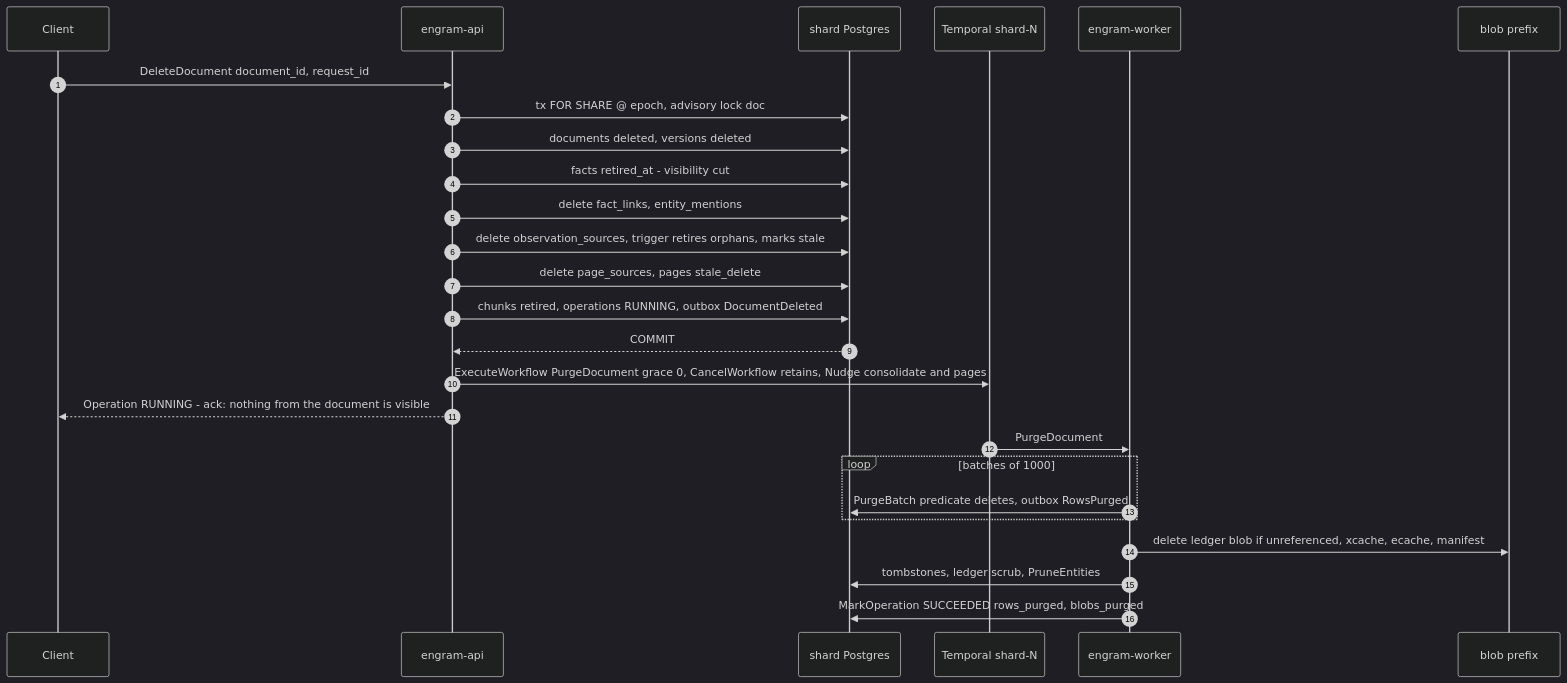
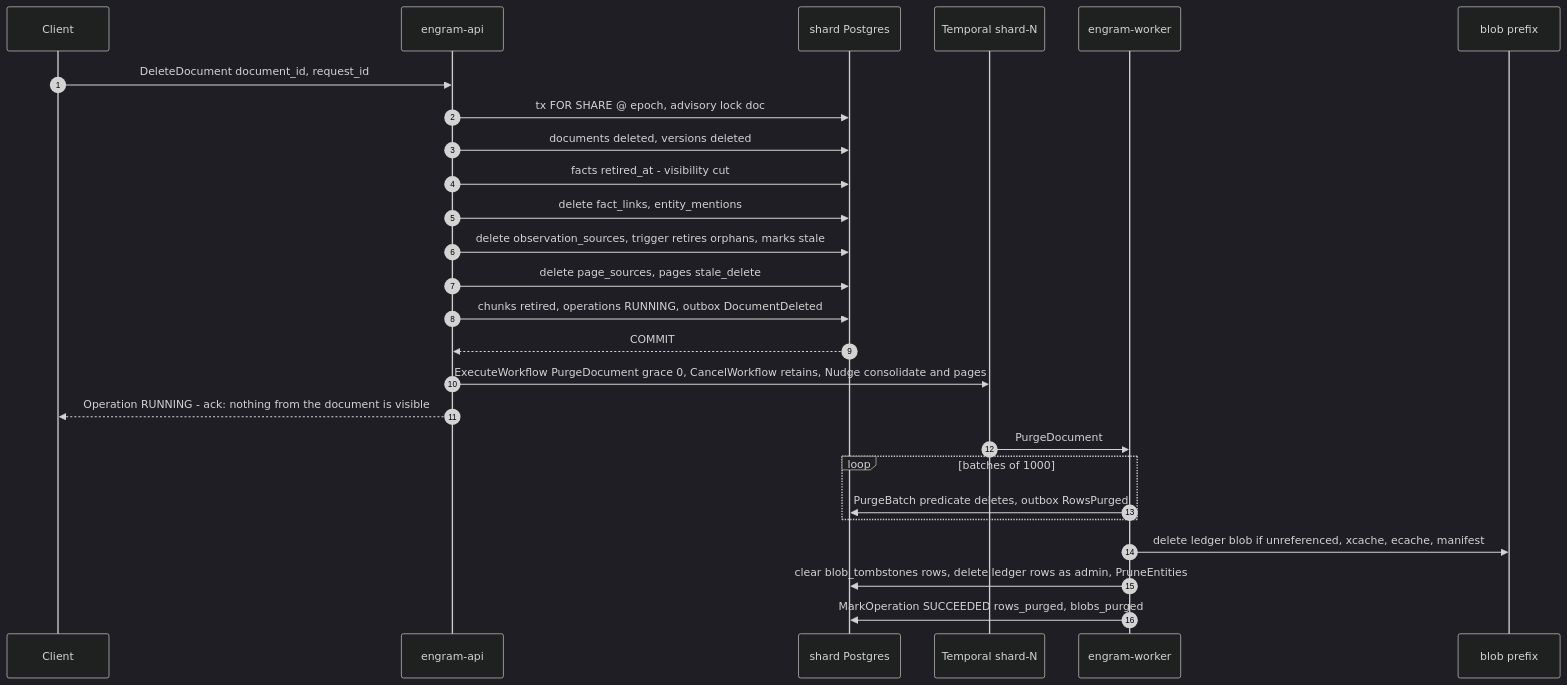
Before and after one commit to gstamatakis95/agent-memory-benchmark: the fourth of 6 diagrams in plans/engram/sections/05-pipelines.md, drawn with Mermaid (dark theme). The commit also changed other lines of this file and 16 other files, not shown here.

````diff
--- a/plans/engram/sections/05-pipelines.md
+++ b/plans/engram/sections/05-pipelines.md
@@ -991,28 +1006,28 @@
 ```mermaid
 sequenceDiagram
   autonumber
   participant C as Client
   participant API as engram-api
   participant DB as shard Postgres
   participant T as Temporal shard-N
   participant W as engram-worker
   participant B as blob prefix
  C->>API: DeleteDocument document_id, request_id
  API->>DB: tx FOR SHARE @ epoch, advisory lock doc
   API->>DB: documents deleted, versions deleted
  API->>DB: facts retired_at - visibility cut
   API->>DB: delete fact_links, entity_mentions
   API->>DB: delete observation_sources, trigger retires orphans, marks stale
   API->>DB: delete page_sources, pages stale_delete
   API->>DB: chunks retired, operations RUNNING, outbox DocumentDeleted
   DB-->>API: COMMIT
   API->>T: ExecuteWorkflow PurgeDocument grace 0, CancelWorkflow retains, Nudge consolidate and pages
  API-->>C: Operation RUNNING - ack: nothing from the document is visible
   T->>W: PurgeDocument
   loop batches of 1000
     W->>DB: PurgeBatch predicate deletes, outbox RowsPurged
   end
   W->>B: delete ledger blob if unreferenced, xcache, ecache, manifest
-  W->>DB: tombstones, ledger scrub, PruneEntities
+  W->>DB: clear blob_tombstones rows, delete ledger rows as admin, PruneEntities
   W->>DB: MarkOperation SUCCEEDED rows_purged, blobs_purged
 ```
````
